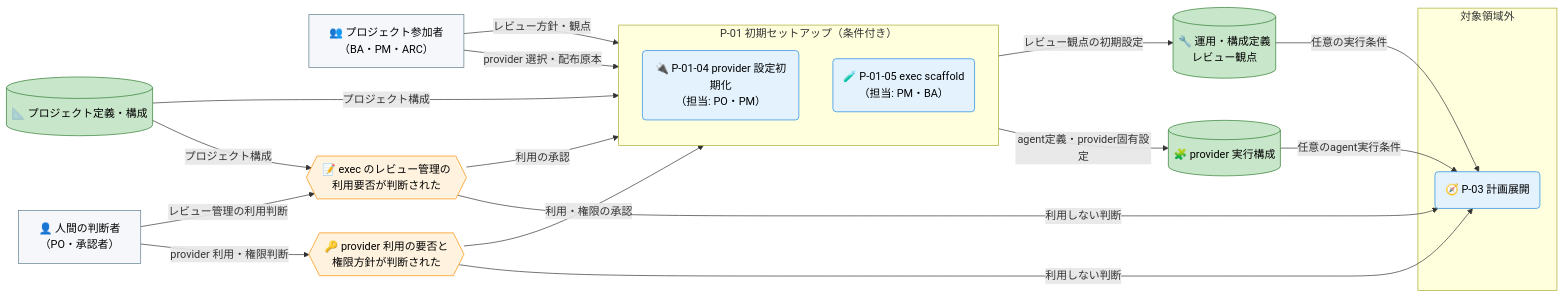
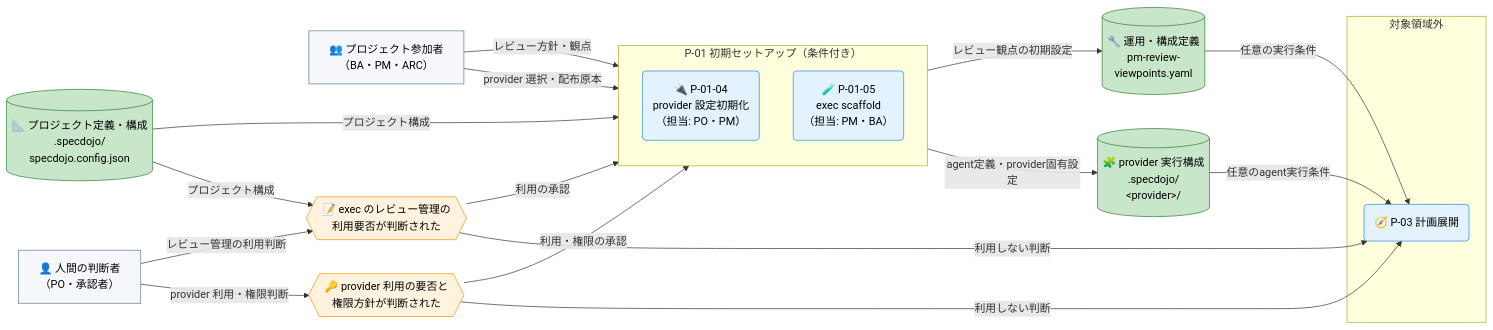
Before and after one commit to specdojo/specdojo: the second of 2 diagrams in docs/ja/product/010-business-specs/010-data-flow/cdfd-init.md, drawn with Mermaid. The commit also changed other lines of this file and 7 other files, not shown here.

First line of the commit message:
exec(T-DATA-FLOW-cdfd-init-140): finalize cdfd-init bootstrap

````diff
--- a/docs/ja/product/010-business-specs/010-data-flow/cdfd-init.md
+++ b/docs/ja/product/010-business-specs/010-data-flow/cdfd-init.md
@@ -105,51 +105,51 @@
 ```mermaid
 flowchart LR
   classDef process fill:#e3f2fd,stroke:#1e88e5,color:#000
   classDef event fill:#fff3e0,stroke:#fb8c00,color:#000
   classDef storeMaster fill:#c8e6c9,stroke:#2e7d32,color:#000
   classDef storeTransaction fill:#e8f5e9,stroke:#43a047,color:#000
   classDef actor fill:#f5f7fa,stroke:#607d8b,color:#000
 
   人間判断者["👤 人間の判断者<br>（PO・承認者）"]
   プロジェクト参加者["👥 プロジェクト参加者<br>（BA・PM・ARC）"]
 
   provider利用判断{{"🔑 provider 利用の要否と<br>権限方針が判断された"}}
   exec利用判断{{"📝 exec のレビュー管理の<br>利用要否が判断された"}}
 
-  プロジェクト構成[("📐 プロジェクト定義・構成")]
+  プロジェクト構成[("📐 プロジェクト定義・構成<br>.specdojo/<br>specdojo.config.json")]
 
   subgraph 初期セットアップ["P-01 初期セットアップ（条件付き）"]
     direction TB
-    provider初期化("🔌 P-01-04 provider 設定初期化<br>（担当: PO・PM）")
-    execScaffold("🧪 P-01-05 exec scaffold<br>（担当: PM・BA）")
+    provider初期化("🔌 P-01-04<br>provider 設定初期化<br>（担当: PO・PM）")
+    execScaffold("🧪 P-01-05<br>exec scaffold<br>（担当: PM・BA）")
   end
 
-  provider実行構成[("🧩 provider 実行構成")]
-  運用構成定義[("🔧 運用・構成定義<br>レビュー観点")]
+  provider実行構成[("🧩 provider 実行構成<br>.specdojo/<br>&lt;provider&gt;/")]
+  運用構成定義[("🔧 運用・構成定義<br>pm-review-<br>viewpoints.yaml")]
 
   subgraph 領域外["対象領域外"]
     計画展開("🧭 P-03 計画展開")
   end
 
   人間判断者 -->|"provider 利用・権限判断"| provider利用判断
   provider利用判断 -->|"利用・権限の承認"| provider初期化
   provider利用判断 -->|"利用しない判断"| 計画展開
   プロジェクト構成 -->|"プロジェクト構成"| provider初期化
   プロジェクト参加者 -->|"provider 選択・配布原本"| provider初期化
   provider初期化 -->|"agent定義・provider固有設定"| provider実行構成
 
   人間判断者 -->|"レビュー管理の利用判断"| exec利用判断
   プロジェクト構成 -->|"プロジェクト構成"| exec利用判断
   exec利用判断 -->|"利用の承認"| execScaffold
   exec利用判断 -->|"利用しない判断"| 計画展開
   プロジェクト参加者 -->|"レビュー方針・観点"| execScaffold
   execScaffold -->|"レビュー観点の初期設定"| 運用構成定義
 
   運用構成定義 -->|"任意の実行条件"| 計画展開
   provider実行構成 -->|"任意のagent実行条件"| 計画展開
 
   class provider初期化,execScaffold,計画展開 process
   class provider利用判断,exec利用判断 event
   class プロジェクト構成,provider実行構成,運用構成定義 storeMaster
   class 人間判断者,プロジェクト参加者 actor
 ```
````
